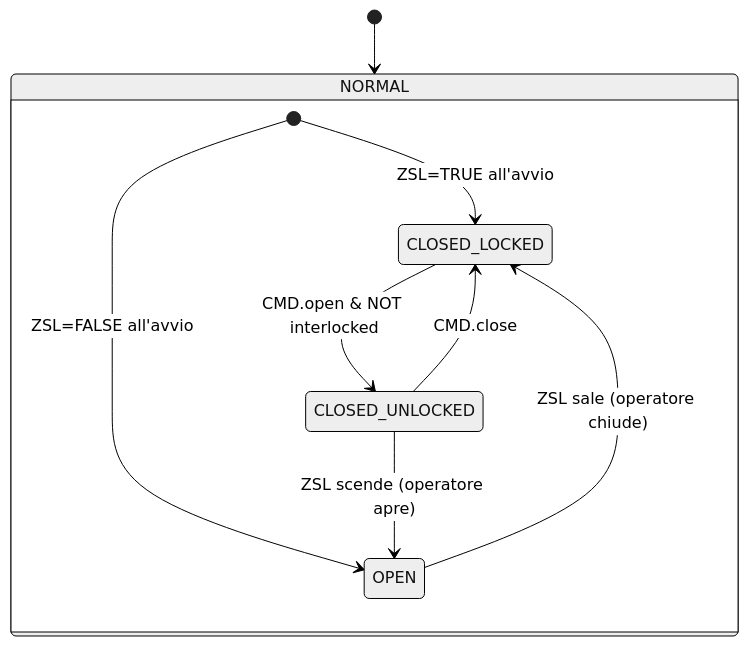
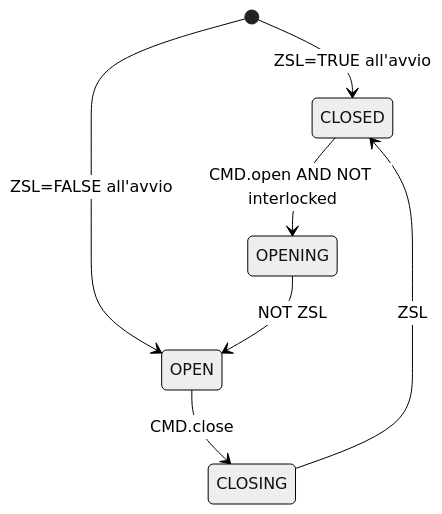
One commit to AleFire99/TIA_knowledge changed the second of 2 diagrams in docs/library/gate/index.it.md. Above: the diagram before and after it, drawn with Mermaid (neutral theme). The commit also changed other lines of this file and 69 other files, not shown here.

````diff
--- a/docs/library/gate/index.it.md
+++ b/docs/library/gate/index.it.md
@@ -92,13 +95,10 @@
 ```mermaid
 stateDiagram-v2
-    [*] --> NORMAL
+    [*] --> CLOSED : ZSL=TRUE all'avvio
+    [*] --> OPEN : ZSL=FALSE all'avvio
 
-    state NORMAL {
-        [*] --> CLOSED_LOCKED : ZSL=TRUE all'avvio
-        [*] --> OPEN : ZSL=FALSE all'avvio
-        CLOSED_LOCKED --> CLOSED_UNLOCKED : CMD.open & NOT interlocked
-        CLOSED_UNLOCKED --> CLOSED_LOCKED : CMD.close
-        CLOSED_UNLOCKED --> OPEN : ZSL scende (operatore apre)
-        OPEN --> CLOSED_LOCKED : ZSL sale (operatore chiude)
-    }
+    CLOSED --> OPENING : CMD.open AND NOT interlocked
+    OPENING --> OPEN : NOT ZSL
+    OPEN --> CLOSING : CMD.close
+    CLOSING --> CLOSED : ZSL
 ```
````
